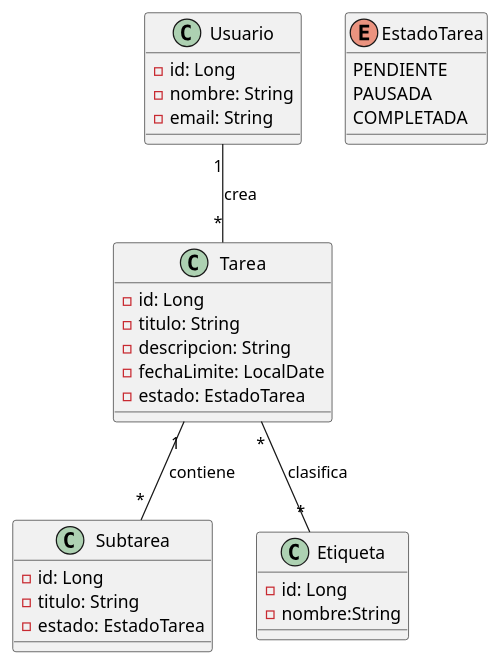
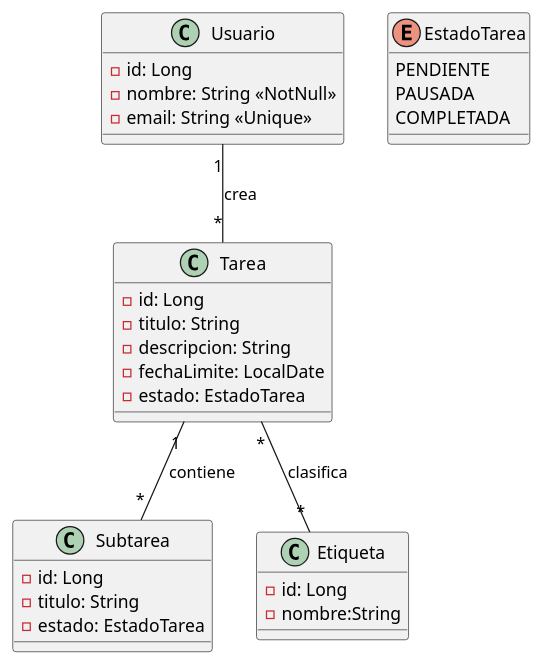
The diagram in docs/task-domain-model.puml (Rominaraya/task-api), drawn with PlantUML before and after one commit. The commit also changed 14 other files, not shown here.

```diff
--- a/docs/task-domain-model.puml
+++ b/docs/task-domain-model.puml
@@ -2,36 +2,36 @@
 @startuml
 class Usuario {
 -id: Long
--nombre: String
--email: String
+-nombre: String <<NotNull>>
+-email: String <<Unique>>
 }
 Usuario "1" -- "*" Tarea: crea
 
 class Tarea{
 - id: Long
 - titulo: String
 - descripcion: String
 - fechaLimite: LocalDate
 - estado: EstadoTarea
 }
 Tarea "1" -- "*" Subtarea: contiene
 
 class Subtarea {
 - id: Long
 - titulo: String
 - estado: EstadoTarea
 }
 
 class Etiqueta {
 - id: Long
 - nombre:String
 }
 Tarea "*" --"*" Etiqueta: clasifica
 
 enum EstadoTarea {
 PENDIENTE
 PAUSADA
 COMPLETADA
 }
 
 @enduml
```
